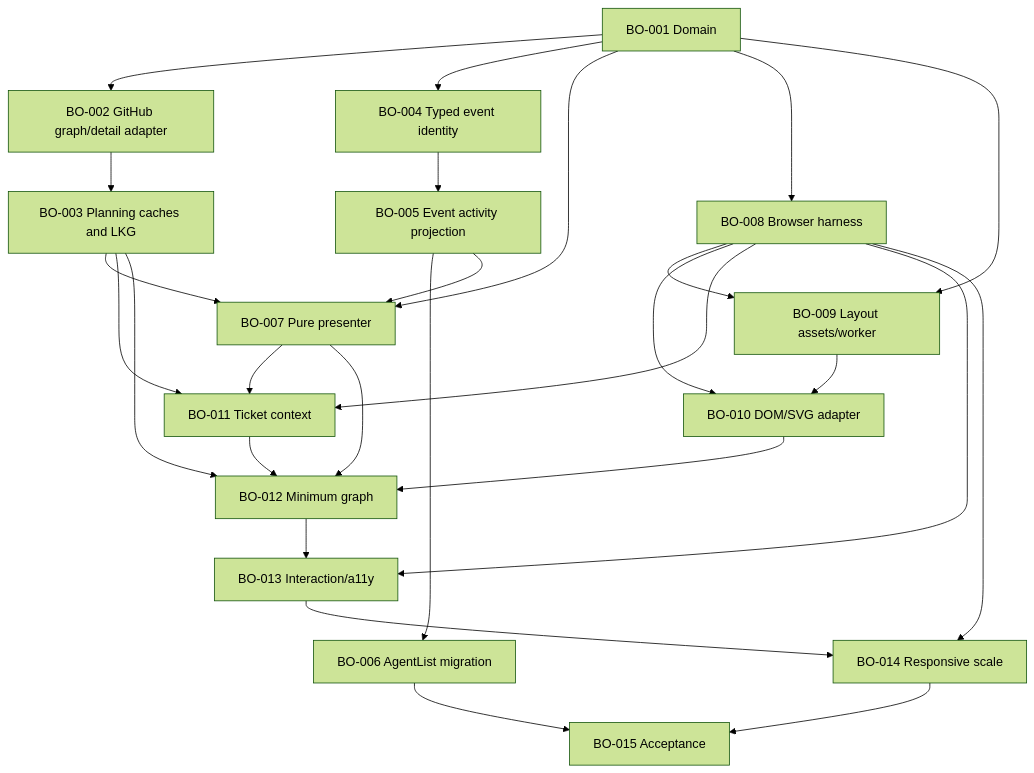
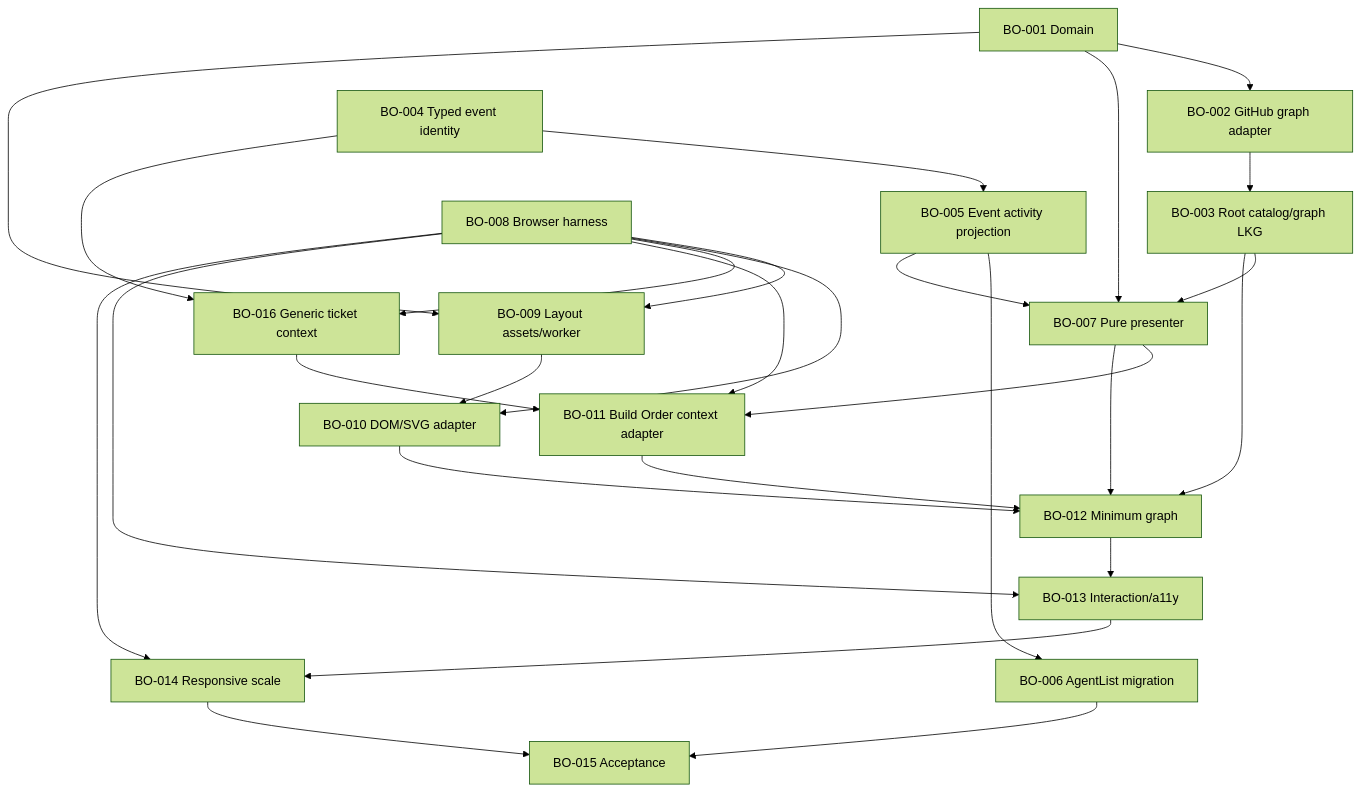
One commit to aiur-team/aiur changed the diagram in docs/build-order/README.md. Above: the diagram before and after it, drawn with Mermaid (forest theme). The commit also changed other lines of this file and 68 other files, not shown here.

````diff
--- a/docs/build-order/README.md
+++ b/docs/build-order/README.md
@@ -49,29 +49,31 @@
 ```mermaid
 graph TD
-  B1[BO-001 Domain] --> B2[BO-002 GitHub graph/detail adapter]
-  B2 --> B3[BO-003 Planning caches and LKG]
-  B1 --> B4[BO-004 Typed event identity]
+  B1[BO-001 Domain] --> B2[BO-002 GitHub graph adapter]
+  B2 --> B3[BO-003 Root catalog/graph LKG]
+  B4[BO-004 Typed event identity]
   B4 --> B5[BO-005 Event activity projection]
   B5 --> B6[BO-006 AgentList migration]
   B1 --> B7[BO-007 Pure presenter]
   B3 --> B7
   B5 --> B7
-  B1 --> B8[BO-008 Browser harness]
+  B8[BO-008 Browser harness]
   B1 --> B9[BO-009 Layout assets/worker]
   B8 --> B9
   B8 --> B10[BO-010 DOM/SVG adapter]
   B9 --> B10
-  B3 --> B11[BO-011 Ticket context]
-  B7 --> B11
+  B4 --> B16[BO-016 Generic ticket context]
+  B8 --> B16
+  B7 --> B11[BO-011 Build Order context adapter]
   B8 --> B11
+  B16 --> B11
   B3 --> B12[BO-012 Minimum graph]
   B7 --> B12
   B10 --> B12
   B11 --> B12
   B8 --> B13[BO-013 Interaction/a11y]
   B12 --> B13
   B8 --> B14[BO-014 Responsive scale]
   B13 --> B14
   B6 --> B15[BO-015 Acceptance]
   B14 --> B15
 ```
````
